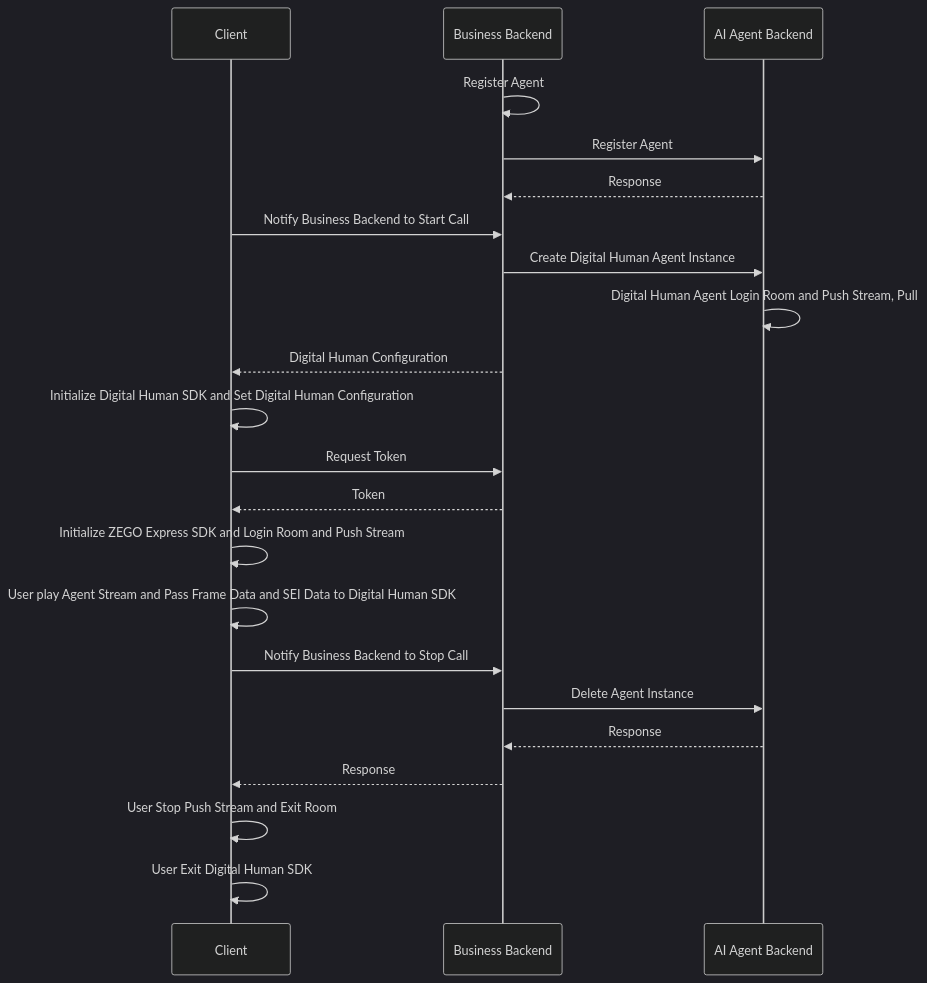
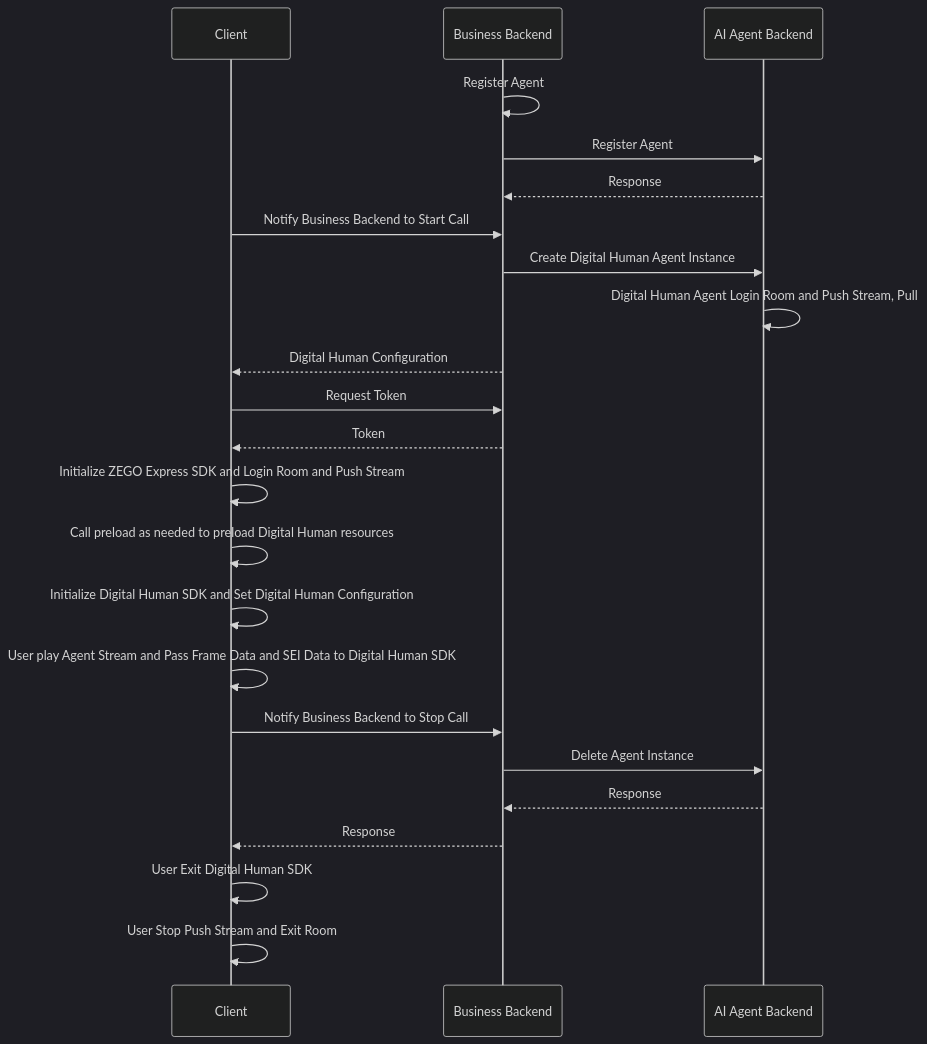
The first of 2 diagrams in core_products/aiagent/en/android/quick-start-with-digital-human.mdx (ZEGOCLOUD/docs_all), drawn with Mermaid (dark theme) before and after one commit. The commit also changed other lines of this file and 4 other files, not shown here.

Commit message:
Update modification dates to September 20, 2026, and synchronize Digital Human SDK initialization and exit procedures across Android and Chinese documentation. Update SDK version references to 1.6.0.121 and adjust preload instructions for resource management.

````diff
--- a/core_products/aiagent/en/android/quick-start-with-digital-human.mdx
+++ b/core_products/aiagent/en/android/quick-start-with-digital-human.mdx
@@ -112,32 +112,32 @@
 ```mermaid
 sequenceDiagram
     participant Client
     participant Business Backend
     participant AI Agent Backend
 
     Business Backend->>Business Backend: Register Agent
     Business Backend->>AI Agent Backend: Register Agent
     AI Agent Backend-->>Business Backend: Response
 
     Client->>Business Backend: Notify Business Backend to Start Call
     Business Backend->>AI Agent Backend: Create Digital Human Agent Instance
     AI Agent Backend->>AI Agent Backend: Digital Human Agent Login Room and Push Stream, Pull
     Business Backend-->>Client: Digital Human Configuration
 
-    Client->>Client: Initialize Digital Human SDK and Set Digital Human Configuration
-
     Client->>Business Backend: Request Token
     Business Backend-->>Client: Token
 
     Client->>Client: Initialize ZEGO Express SDK and Login Room and Push Stream
+    Client->>Client: Call preload as needed to preload Digital Human resources
+    Client->>Client: Initialize Digital Human SDK and Set Digital Human Configuration
 
     Client->>Client: User play Agent Stream and Pass Frame Data and SEI Data to Digital Human SDK
 
     Client->>Business Backend: Notify Business Backend to Stop Call
     Business Backend->>AI Agent Backend: Delete Agent Instance
     AI Agent Backend-->>Business Backend: Response
     Business Backend-->>Client: Response
 
+    Client->>Client: User Exit Digital Human SDK
     Client->>Client: User Stop Push Stream and Exit Room
-    Client->>Client: User Exit Digital Human SDK
 ```
````
